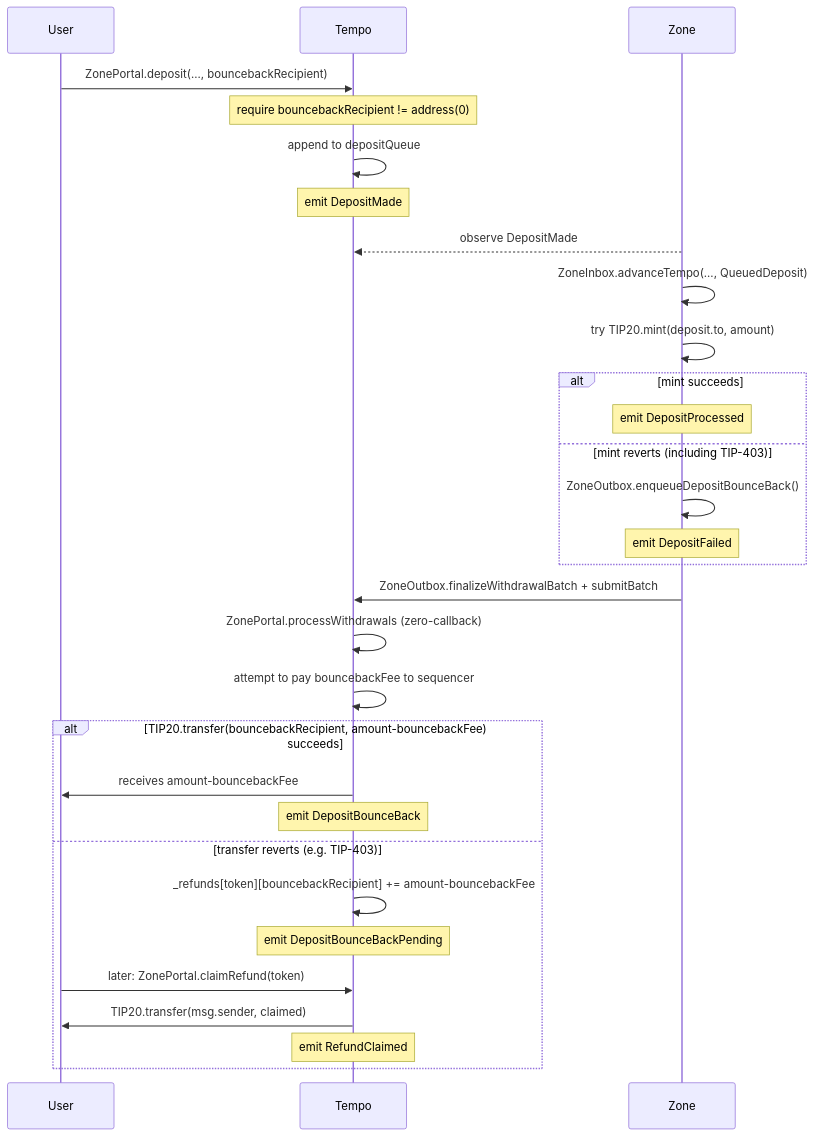
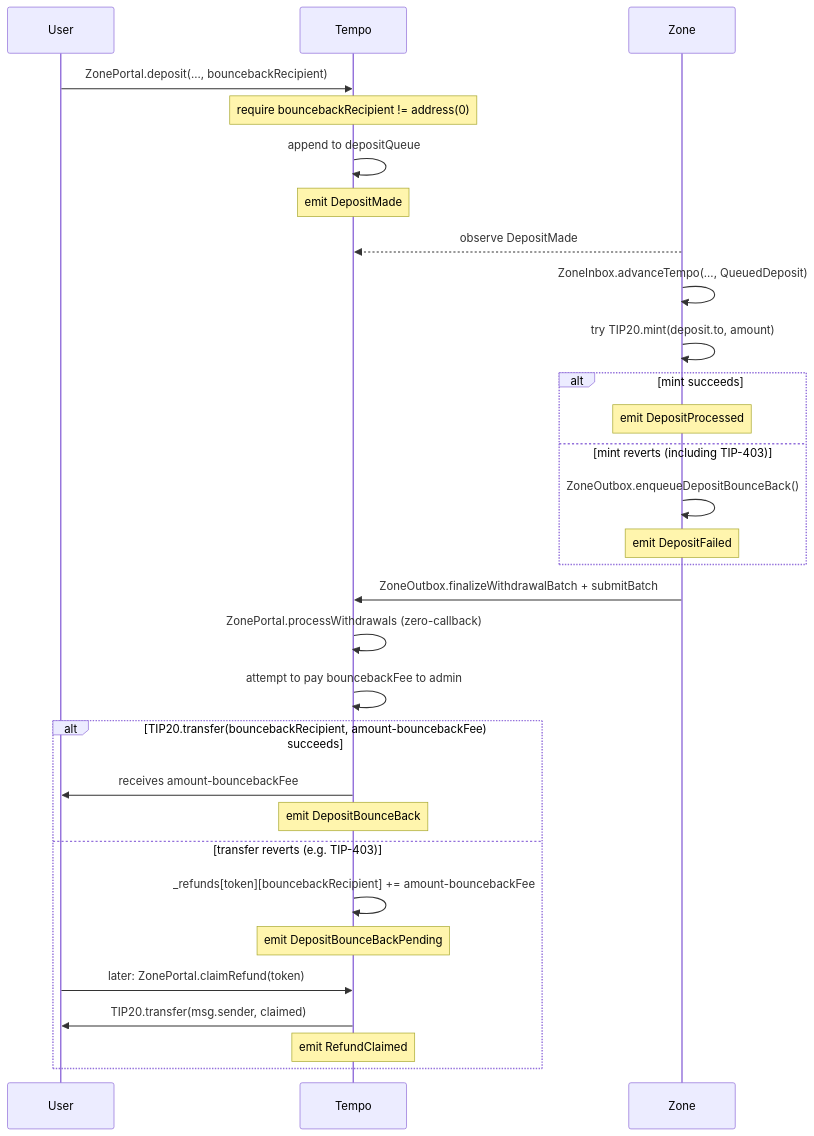
One commit to Dustin4444/zones changed the fourth of 6 diagrams in specs/spec.md. Above: the diagram before and after it, drawn with Mermaid. The commit also changed other lines of this file and 4 other files, not shown here.

Commit message:
refactor: pay portal fees to admin

````diff
--- a/specs/spec.md
+++ b/specs/spec.md
@@ -546,33 +546,33 @@
 ```mermaid
 sequenceDiagram
     participant U as User
     participant T as Tempo
     participant Z as Zone
 
     U->>T: ZonePortal.deposit(..., bouncebackRecipient)
     Note over T: require bouncebackRecipient != address(0)
     T->>T: append to depositQueue
     Note over T: emit DepositMade
     Z-->>T: observe DepositMade
     Z->>Z: ZoneInbox.advanceTempo(..., QueuedDeposit)
     Z->>Z: try TIP20.mint(deposit.to, amount)
     alt mint succeeds
         Note over Z: emit DepositProcessed
     else mint reverts (including TIP-403)
         Z->>Z: ZoneOutbox.enqueueDepositBounceBack()
         Note over Z: emit DepositFailed
     end
     Z->>T: ZoneOutbox.finalizeWithdrawalBatch + submitBatch
     T->>T: ZonePortal.processWithdrawals (zero-callback)
-    T->>T: attempt to pay bouncebackFee to sequencer
+    T->>T: attempt to pay bouncebackFee to admin
     alt TIP20.transfer(bouncebackRecipient, amount-bouncebackFee) succeeds
         T->>U: receives amount-bouncebackFee
         Note over T: emit DepositBounceBack
     else transfer reverts (e.g. TIP-403)
         T->>T: _refunds[token][bouncebackRecipient] += amount-bouncebackFee
         Note over T: emit DepositBounceBackPending
         U->>T: later: ZonePortal.claimRefund(token)
         T->>U: TIP20.transfer(msg.sender, claimed)
         Note over T: emit RefundClaimed
     end
 ```
````
